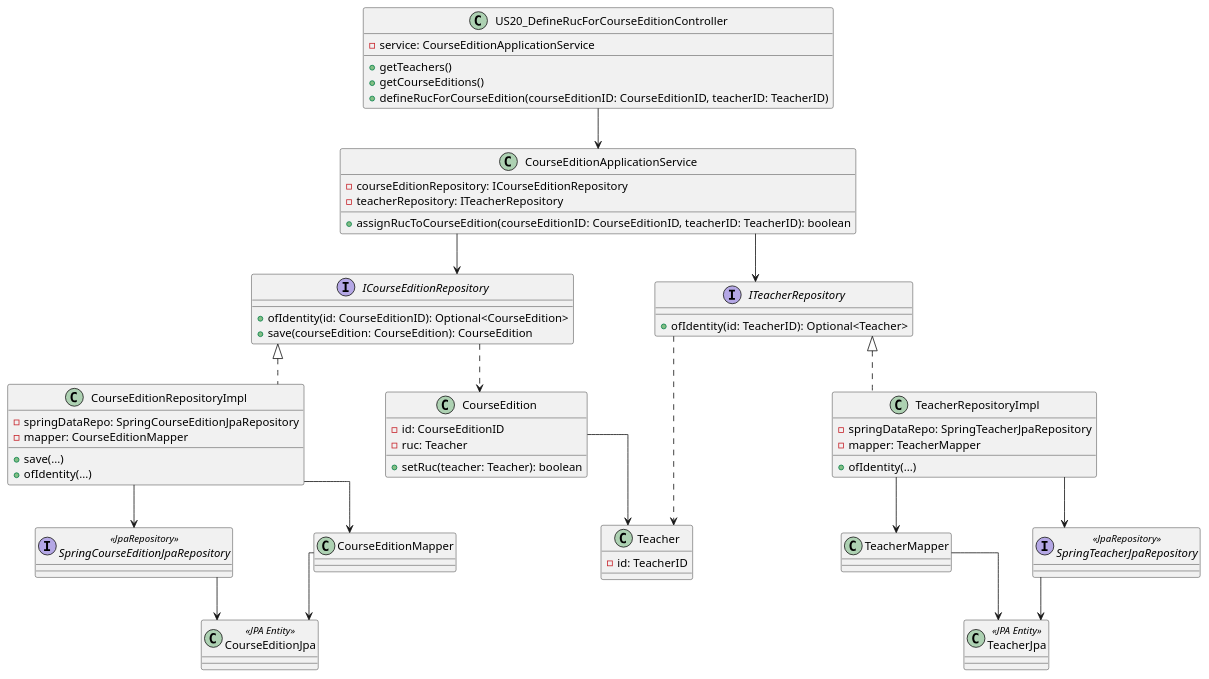
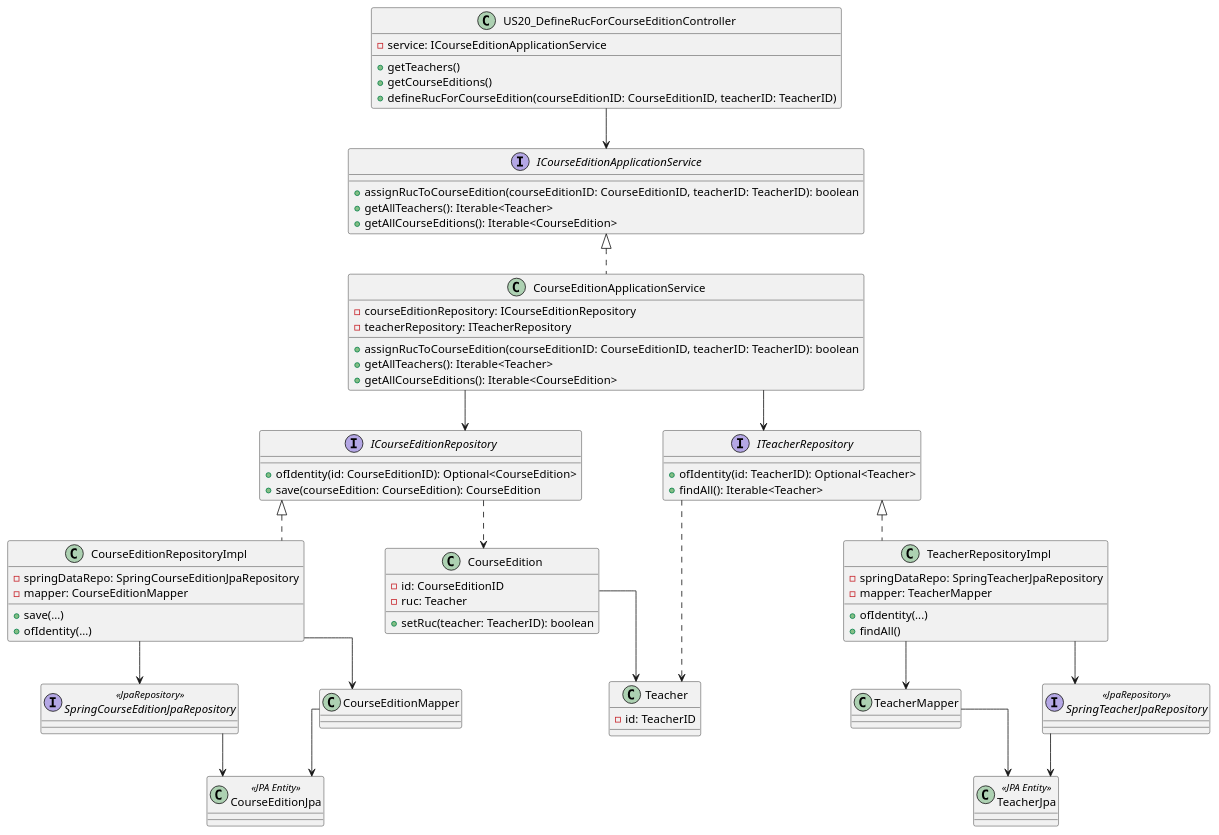
One commit to GasparISEP/DevOps-PAI changed the diagram in docs/US20/US20_DefineRucForACourseEdition_ClassDiagram_SpringDataJPA.puml. Above: the diagram before and after it, drawn with PlantUML.

Commit message:
update DefineRucForACourseEdition_ClassDiagram_SpringDataJPA (Issue #304)

```diff
--- a/docs/US20/US20_DefineRucForACourseEdition_ClassDiagram_SpringDataJPA.puml
+++ b/docs/US20/US20_DefineRucForACourseEdition_ClassDiagram_SpringDataJPA.puml
@@ -1,89 +1,101 @@
 @startuml
 
 skinparam linetype ortho
 skinparam ranksep 50
 skinparam nodesep 100
 
 ' Presentation Layer
 class US20_DefineRucForCourseEditionController {
-  - service: CourseEditionApplicationService
+  - service: ICourseEditionApplicationService
   + getTeachers()
   + getCourseEditions()
   + defineRucForCourseEdition(courseEditionID: CourseEditionID, teacherID: TeacherID)
 }
 
 ' Application Layer
+interface ICourseEditionApplicationService {
+  + assignRucToCourseEdition(courseEditionID: CourseEditionID, teacherID: TeacherID): boolean
+  + getAllTeachers(): Iterable<Teacher>
+  + getAllCourseEditions(): Iterable<CourseEdition>
+}
+
 class CourseEditionApplicationService {
   - courseEditionRepository: ICourseEditionRepository
   - teacherRepository: ITeacherRepository
   + assignRucToCourseEdition(courseEditionID: CourseEditionID, teacherID: TeacherID): boolean
+  + getAllTeachers(): Iterable<Teacher>
+  + getAllCourseEditions(): Iterable<CourseEdition>
 }
 
 ' Domain Layer
 interface ICourseEditionRepository {
   + ofIdentity(id: CourseEditionID): Optional<CourseEdition>
   + save(courseEdition: CourseEdition): CourseEdition
 }
 
 interface ITeacherRepository {
   + ofIdentity(id: TeacherID): Optional<Teacher>
+  + findAll(): Iterable<Teacher>
 }
 
 class CourseEdition {
   - id: CourseEditionID
   - ruc: Teacher
-  + setRuc(teacher: Teacher): boolean
+  + setRuc(teacher: TeacherID): boolean
 }
 
 class Teacher {
   - id: TeacherID
 }
 
 ' Infrastructure Layer
 class CourseEditionRepositoryImpl {
   - springDataRepo: SpringCourseEditionJpaRepository
   - mapper: CourseEditionMapper
   + save(...)
   + ofIdentity(...)
 }
 
 class TeacherRepositoryImpl {
   - springDataRepo: SpringTeacherJpaRepository
   - mapper: TeacherMapper
   + ofIdentity(...)
+  + findAll()
 }
 
 interface SpringCourseEditionJpaRepository <<JpaRepository>>
 interface SpringTeacherJpaRepository <<JpaRepository>>
 
 class CourseEditionJpa <<JPA Entity>>
 class TeacherJpa <<JPA Entity>>
 
 class CourseEditionMapper
 class TeacherMapper
 
 ' Associations
-US20_DefineRucForCourseEditionController --> CourseEditionApplicationService
+US20_DefineRucForCourseEditionController --> ICourseEditionApplicationService
+ICourseEditionApplicationService <|.. CourseEditionApplicationService
+
 CourseEditionApplicationService --> ICourseEditionRepository
 CourseEditionApplicationService --> ITeacherRepository
 
 ICourseEditionRepository <|.. CourseEditionRepositoryImpl
 ITeacherRepository <|.. TeacherRepositoryImpl
 
 CourseEditionRepositoryImpl --> CourseEditionMapper
 TeacherRepositoryImpl --> TeacherMapper
 
 CourseEditionRepositoryImpl --> SpringCourseEditionJpaRepository
 TeacherRepositoryImpl --> SpringTeacherJpaRepository
 
 SpringCourseEditionJpaRepository --> CourseEditionJpa
 SpringTeacherJpaRepository --> TeacherJpa
 
 CourseEditionMapper --> CourseEditionJpa
 TeacherMapper --> TeacherJpa
 
 ICourseEditionRepository ..> CourseEdition
 ITeacherRepository ..> Teacher
 CourseEdition --> Teacher
 
 @enduml
```
